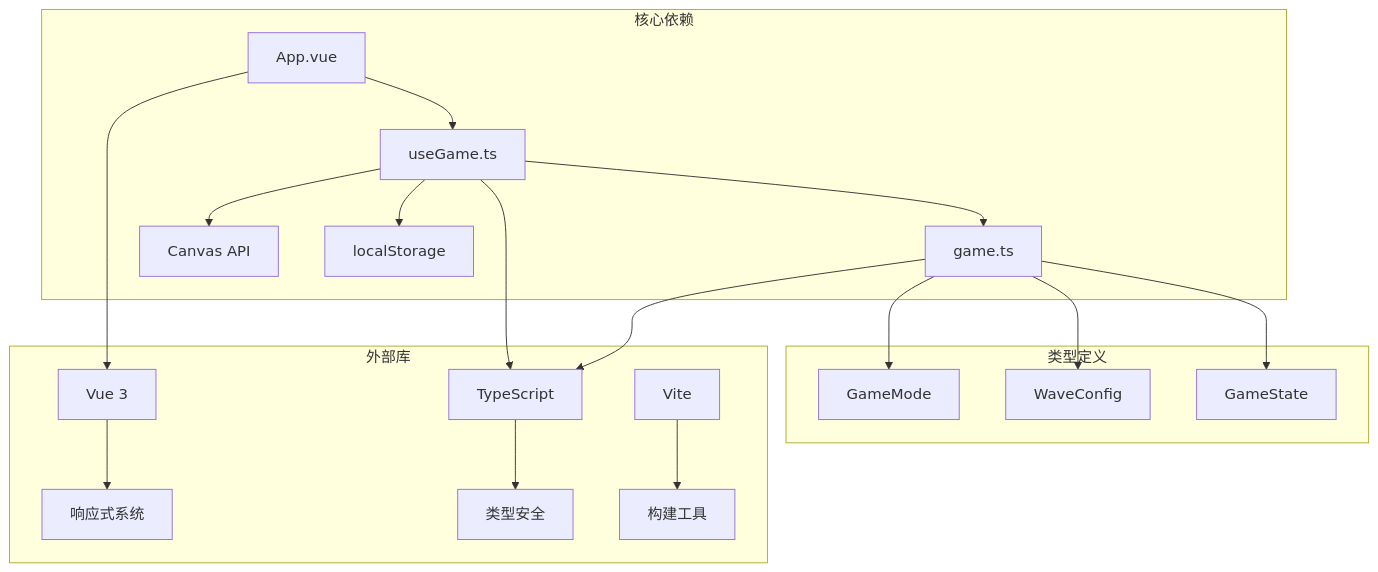
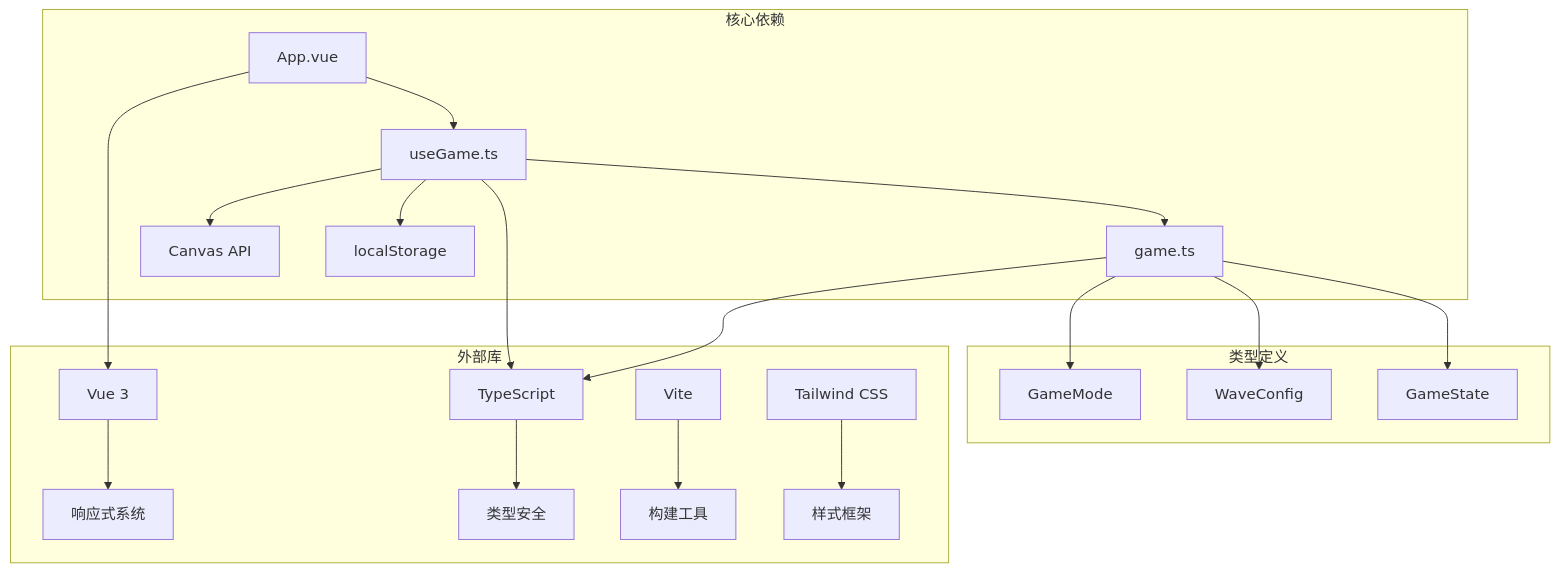
Before and after one commit to mrancc/reimagined-journey: the eighth of 8 diagrams in .qoder/repowiki/zh/content/游戏机制/游戏模式系统.md, drawn with Mermaid. The commit also changed other lines of this file and 11 other files, not shown here.

````diff
--- a/.qoder/repowiki/zh/content/游戏机制/游戏模式系统.md
+++ b/.qoder/repowiki/zh/content/游戏机制/游戏模式系统.md
@@ -410,22 +417,23 @@
 ```mermaid
 graph TB
 subgraph "核心依赖"
 A[App.vue] --> B[useGame.ts]
 B --> C[game.ts]
 B --> D[Canvas API]
 B --> E[localStorage]
 end
 subgraph "类型定义"
 C --> F[GameMode]
 C --> G[WaveConfig]
 C --> H[GameState]
 end
 subgraph "外部库"
 I[Vue 3] --> J[响应式系统]
 K[TypeScript] --> L[类型安全]
 M[Vite] --> N[构建工具]
+O[Tailwind CSS] --> P[样式框架]
 end
 A --> I
 B --> K
 C --> K
 ```
````
